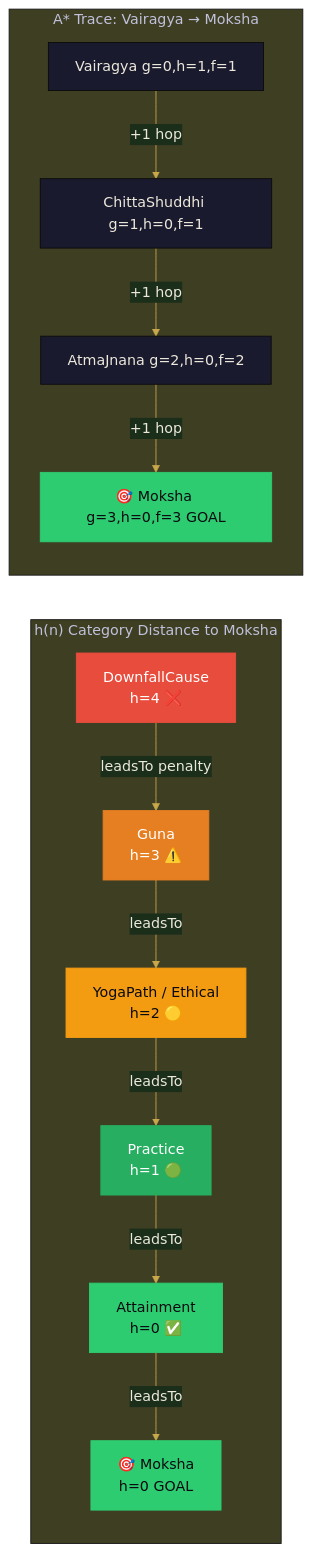
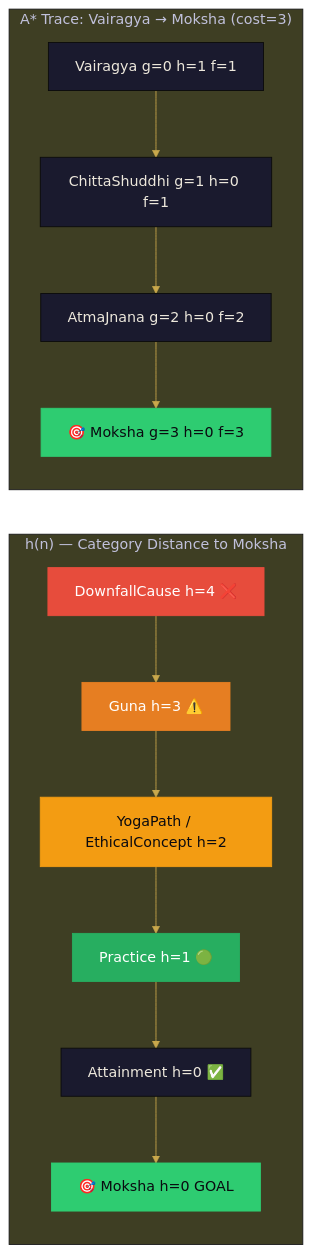
One commit to DevRaviX/gitagraph changed the sixth of 7 diagrams in README.md. Above: the diagram before and after it, drawn with Mermaid. The commit also changed other lines of this file and 41 other files, not shown here.

````diff
--- a/README.md
+++ b/README.md
@@ -386,28 +379,23 @@
 ```mermaid
 %%{init: {'theme': 'base', 'themeVariables': {'primaryColor': '#1A1A2E', 'lineColor': '#C9A84C', 'primaryTextColor': '#EDE8DC'}}}%%
-
 graph LR
-    subgraph HEURISTIC["h(n) Category Distance to Moksha"]
-        DC4["DownfallCause\nh=4 ❌"] -->|leadsTo penalty| GP3
-        GP3["Guna\nh=3 ⚠️"] -->|leadsTo| YP2
-        YP2["YogaPath / Ethical\nh=2 🟡"] -->|leadsTo| PR1
-        PR1["Practice\nh=1 🟢"] -->|leadsTo| AT0
-        AT0["Attainment\nh=0 ✅"] -->|leadsTo| MO
-        MO["🎯 Moksha\nh=0 GOAL"]
+    subgraph HEURISTIC["h(n) — Category Distance to Moksha"]
+        DC4["DownfallCause h=4 ❌"]-->GP3
+        GP3["Guna h=3 ⚠️"]-->YP2
+        YP2["YogaPath / EthicalConcept h=2"]-->PR1
+        PR1["Practice h=1 🟢"]-->AT0
+        AT0["Attainment h=0 ✅"]-->MO["🎯 Moksha h=0 GOAL"]
     end
-
-    subgraph EXAMPLE["A* Trace: Vairagya → Moksha"]
-        VR2["Vairagya g=0,h=1,f=1"] -->|+1 hop| CS2
-        CS2["ChittaShuddhi g=1,h=0,f=1"] -->|+1 hop| AJ2
-        AJ2["AtmaJnana g=2,h=0,f=2"] -->|+1 hop| MK2
-        MK2["🎯 Moksha g=3,h=0,f=3 GOAL"]
+    subgraph TRACE["A* Trace: Vairagya → Moksha (cost=3)"]
+        VR["Vairagya g=0 h=1 f=1"]-->CS
+        CS["ChittaShuddhi g=1 h=0 f=1"]-->AJ
+        AJ["AtmaJnana g=2 h=0 f=2"]-->MK
+        MK["🎯 Moksha g=3 h=0 f=3"]
     end
-
     style MO fill:#2ECC71,color:#0A0A10,stroke:#2ECC71
-    style MK2 fill:#2ECC71,color:#0A0A10,stroke:#2ECC71
+    style MK fill:#2ECC71,color:#0A0A10,stroke:#2ECC71
     style DC4 fill:#E74C3C,color:#FFF,stroke:#E74C3C
     style GP3 fill:#E67E22,color:#FFF,stroke:#E67E22
     style YP2 fill:#F39C12,color:#0A0A10,stroke:#F39C12
     style PR1 fill:#27AE60,color:#FFF,stroke:#27AE60
-    style AT0 fill:#2ECC71,color:#0A0A10,stroke:#2ECC71
 ```
````
